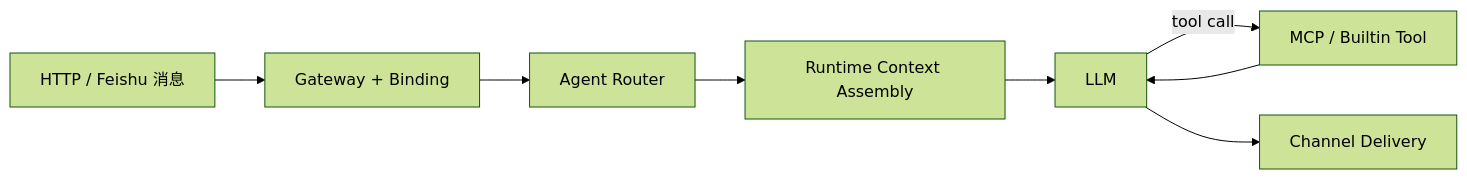
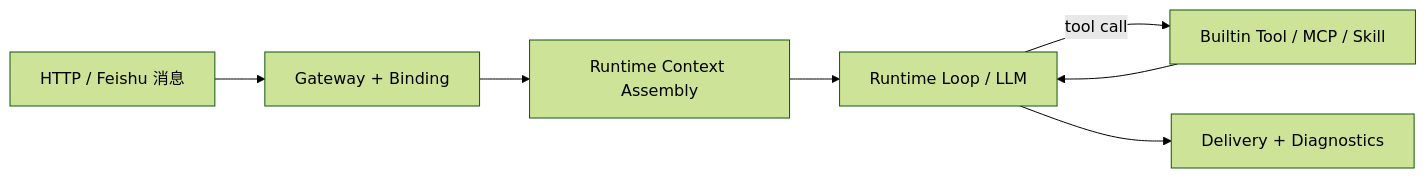
Before and after one commit to tiezhuli001/marten-runtime: the diagram in README_CN.md, drawn with Mermaid (forest theme). The commit also changed other lines of this file and 102 other files, not shown here.

````diff
--- a/README_CN.md
+++ b/README_CN.md
@@ -49,10 +49,9 @@
 ```mermaid
 flowchart LR
     A["HTTP / Feishu 消息"] --> B["Gateway + Binding"]
-    B --> C["Agent Router"]
-    C --> D["Runtime Context Assembly"]
-    D --> E["LLM"]
-    E -->|"tool call"| F["MCP / Builtin Tool"]
-    F --> E
-    E --> G["Channel Delivery"]
+    B --> C["Runtime Context Assembly"]
+    C --> D["Runtime Loop / LLM"]
+    D -->|"tool call"| E["Builtin Tool / MCP / Skill"]
+    E --> D
+    D --> F["Delivery + Diagnostics"]
 ```
````
